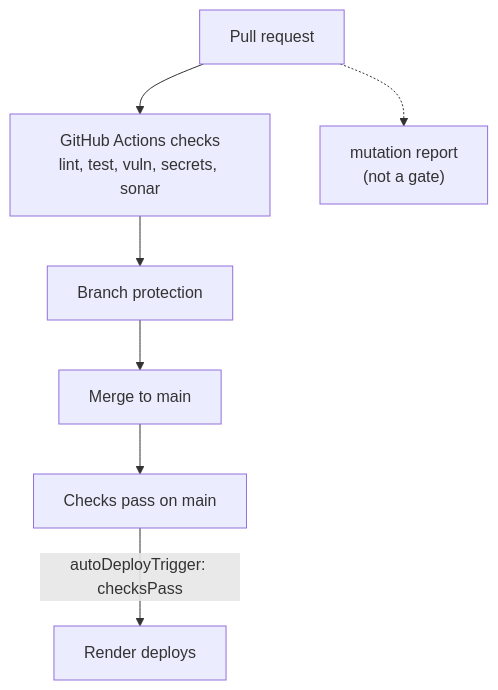
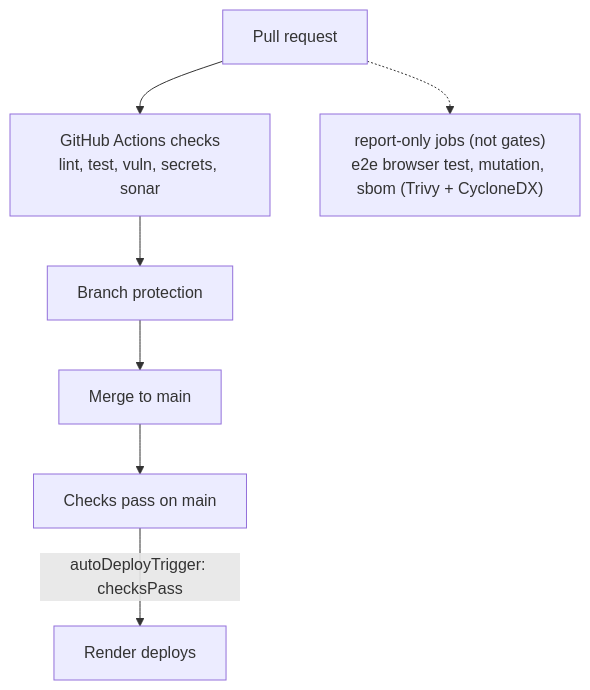
One commit to jlimty/ev-bill changed the second of 2 diagrams in README.md. Above: the diagram before and after it, drawn with Mermaid. The commit also changed other lines of this file, not shown here.

Commit message:
docs: README architecture for the mirror and Locations page

````diff
--- a/README.md
+++ b/README.md
@@ -54,9 +71,9 @@
 ```mermaid
 flowchart TB
     PR["Pull request"] --> CI["GitHub Actions checks<br/>lint, test, vuln, secrets, sonar"]
-    PR -.-> MUT["mutation report<br/>(not a gate)"]
+    PR -.-> REP["report-only jobs (not gates)<br/>e2e browser test, mutation, sbom (Trivy + CycloneDX)"]
     CI --> BP["Branch protection"]
     BP --> MAIN["Merge to main"]
     MAIN --> RCI["Checks pass on main"]
     RCI -->|"autoDeployTrigger: checksPass"| DEP["Render deploys"]
 ```
````
